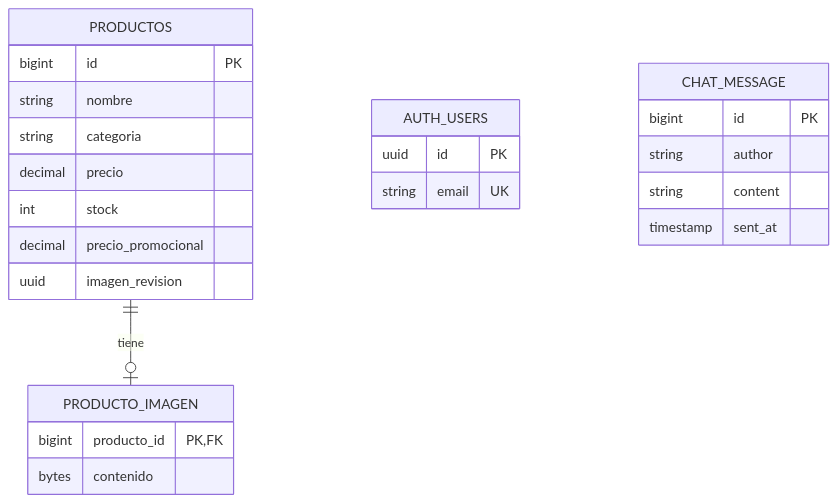
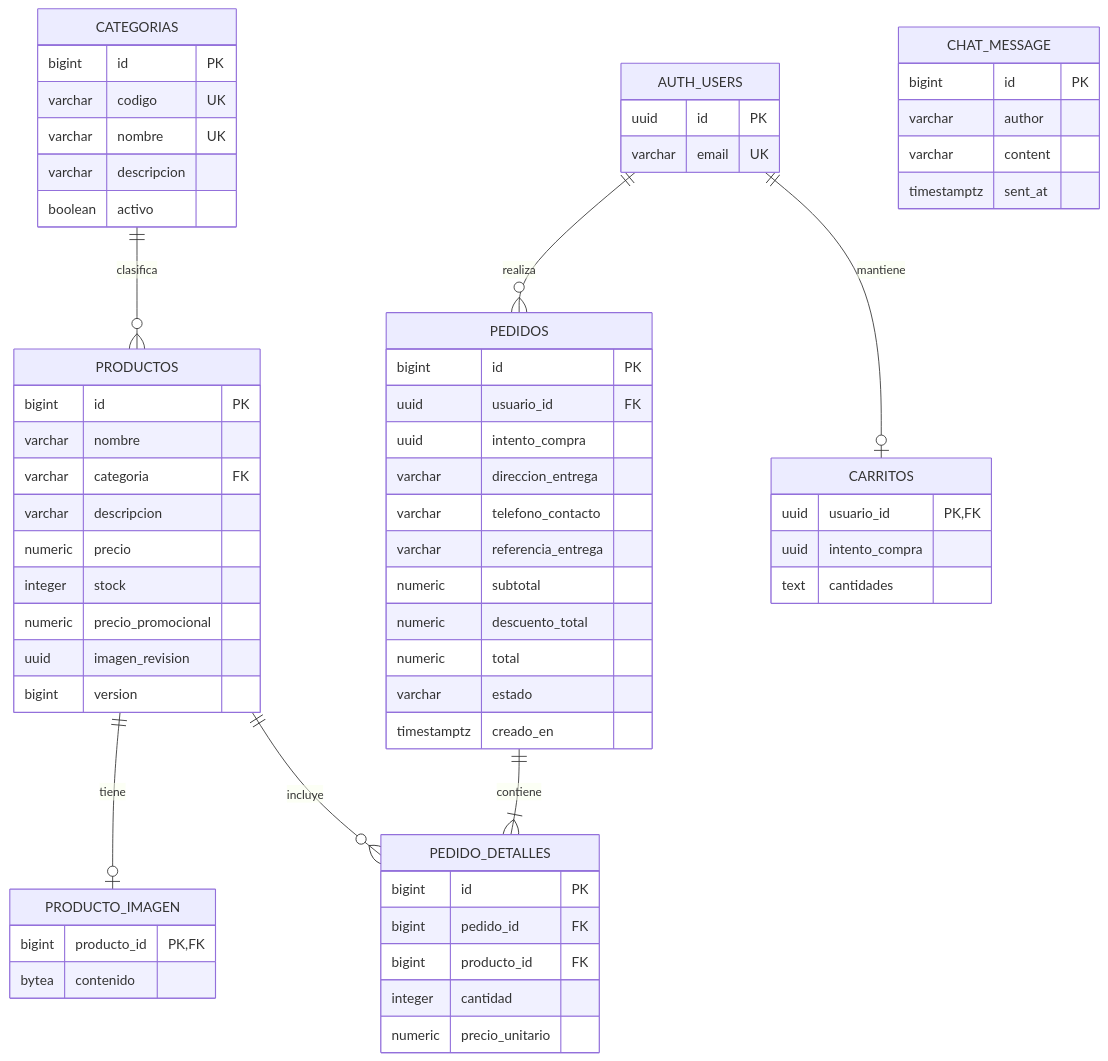
One commit to SaulTualombo01/LaCesta-ProyectoWebAvanzadas changed the third of 3 diagrams in README.md. Above: the diagram before and after it, drawn with Mermaid. The commit also changed other lines of this file, not shown here.

Commit message:
"docs(readme): actualizar esquema de base de datos, diagramas mermaid, pruebas e integrantes"

````diff
--- a/README.md
+++ b/README.md
@@ -142,27 +169,67 @@
 ```mermaid
 erDiagram
+    CATEGORIAS ||--o{ PRODUCTOS : "clasifica"
     PRODUCTOS ||--o| PRODUCTO_IMAGEN : "tiene"
+    PRODUCTOS ||--o{ PEDIDO_DETALLES : "incluye"
+    PEDIDOS ||--|{ PEDIDO_DETALLES : "contiene"
+    AUTH_USERS ||--o| CARRITOS : "mantiene"
+    AUTH_USERS ||--o{ PEDIDOS : "realiza"
+
+    CATEGORIAS {
+        bigint id PK
+        varchar codigo UK
+        varchar nombre UK
+        varchar descripcion
+        boolean activo
+    }
     PRODUCTOS {
         bigint id PK
-        string nombre
-        string categoria
-        decimal precio
-        int stock
-        decimal precio_promocional
+        varchar nombre
+        varchar categoria FK
+        varchar descripcion
+        numeric precio
+        integer stock
+        numeric precio_promocional
         uuid imagen_revision
+        bigint version
     }
     PRODUCTO_IMAGEN {
         bigint producto_id PK, FK
-        bytes contenido
+        bytea contenido
     }
     AUTH_USERS {
         uuid id PK
-        string email UK
+        varchar email UK
+    }
+    CARRITOS {
+        uuid usuario_id PK, FK
+        uuid intento_compra
+        text cantidades
+    }
+    PEDIDOS {
+        bigint id PK
+        uuid usuario_id FK
+        uuid intento_compra
+        varchar direccion_entrega
+        varchar telefono_contacto
+        varchar referencia_entrega
+        numeric subtotal
+        numeric descuento_total
+        numeric total
+        varchar estado
+        timestamptz creado_en
+    }
+    PEDIDO_DETALLES {
+        bigint id PK
+        bigint pedido_id FK
+        bigint producto_id FK
+        integer cantidad
+        numeric precio_unitario
     }
     CHAT_MESSAGE {
         bigint id PK
-        string author
-        string content
-        timestamp sent_at
+        varchar author
+        varchar content
+        timestamptz sent_at
     }
 ```
````
